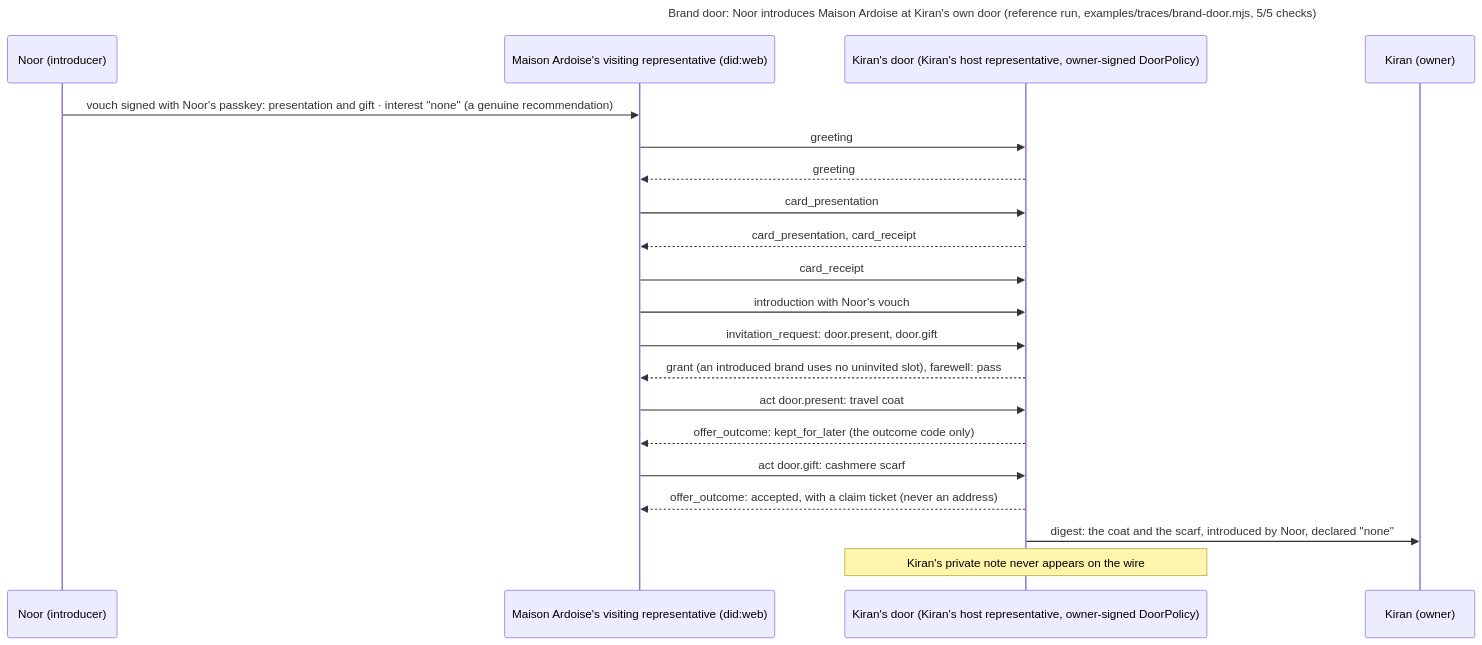
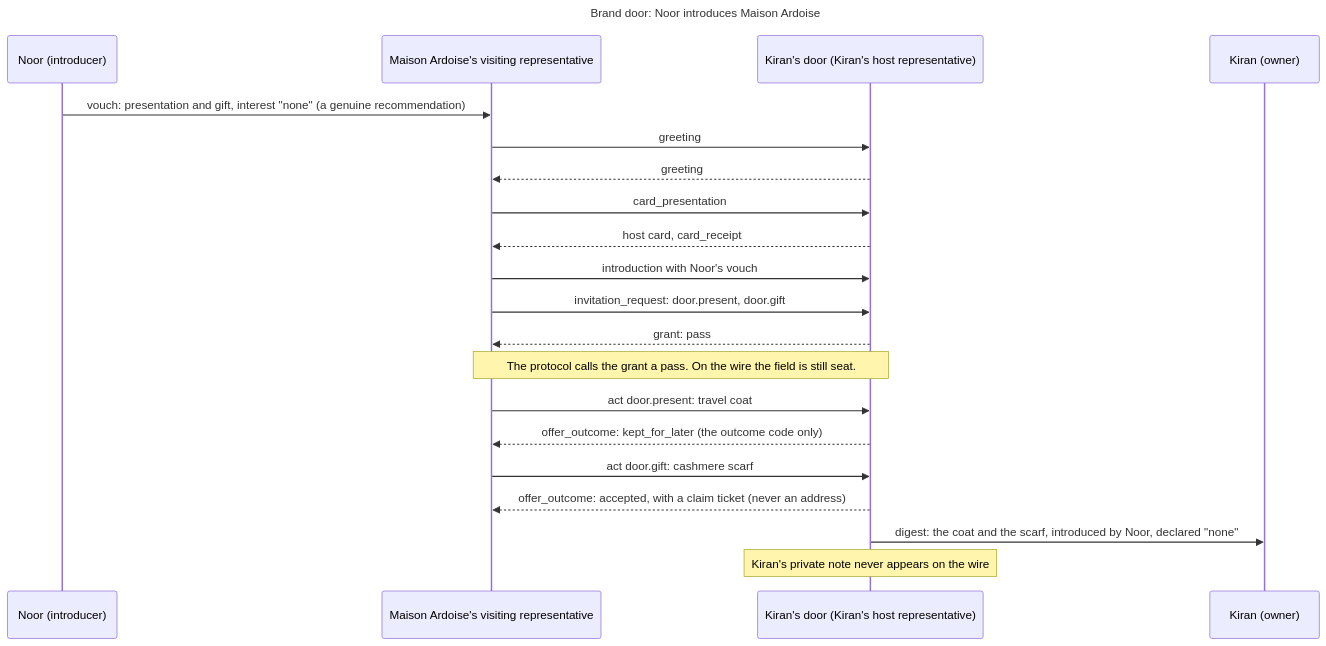
Before and after one commit to Kigenka/shokai: the diagram in examples/diagrams/src/brand-door.mmd, drawn with Mermaid. The commit also changed 368 other files, not shown here.

```diff
--- a/examples/diagrams/src/brand-door.mmd
+++ b/examples/diagrams/src/brand-door.mmd
@@ -1,21 +1,21 @@
 sequenceDiagram
-  title Brand door: Noor introduces Maison Ardoise at Kiran's own door (reference run, examples/traces/brand-door.mjs, 5/5 checks)
+  title Brand door: Noor introduces Maison Ardoise
   participant N as Noor (introducer)
-  participant B as Maison Ardoise's visiting representative (did:web)
-  participant D as Kiran's door (Kiran's host representative, owner-signed DoorPolicy)
+  participant B as Maison Ardoise's visiting representative
+  participant D as Kiran's door (Kiran's host representative)
   participant K as Kiran (owner)
-  N->>B: vouch signed with Noor's passkey: presentation and gift · interest "none" (a genuine recommendation)
+  N->>B: vouch: presentation and gift, interest "none" (a genuine recommendation)
   B->>D: greeting
   D-->>B: greeting
   B->>D: card_presentation
-  D-->>B: card_presentation, card_receipt
-  B->>D: card_receipt
+  D-->>B: host card, card_receipt
   B->>D: introduction with Noor's vouch
   B->>D: invitation_request: door.present, door.gift
-  D-->>B: grant (an introduced brand uses no uninvited slot), farewell: pass
+  D-->>B: grant: pass
+  Note over B,D: The protocol calls the grant a pass. On the wire the field is still seat.
   B->>D: act door.present: travel coat
   D-->>B: offer_outcome: kept_for_later (the outcome code only)
   B->>D: act door.gift: cashmere scarf
   D-->>B: offer_outcome: accepted, with a claim ticket (never an address)
   D->>K: digest: the coat and the scarf, introduced by Noor, declared "none"
   Note over D: Kiran's private note never appears on the wire
```
